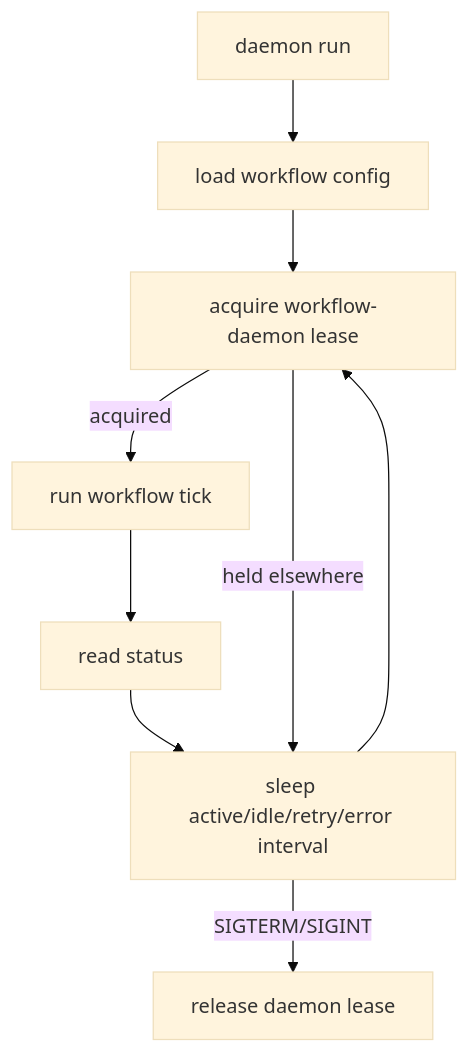
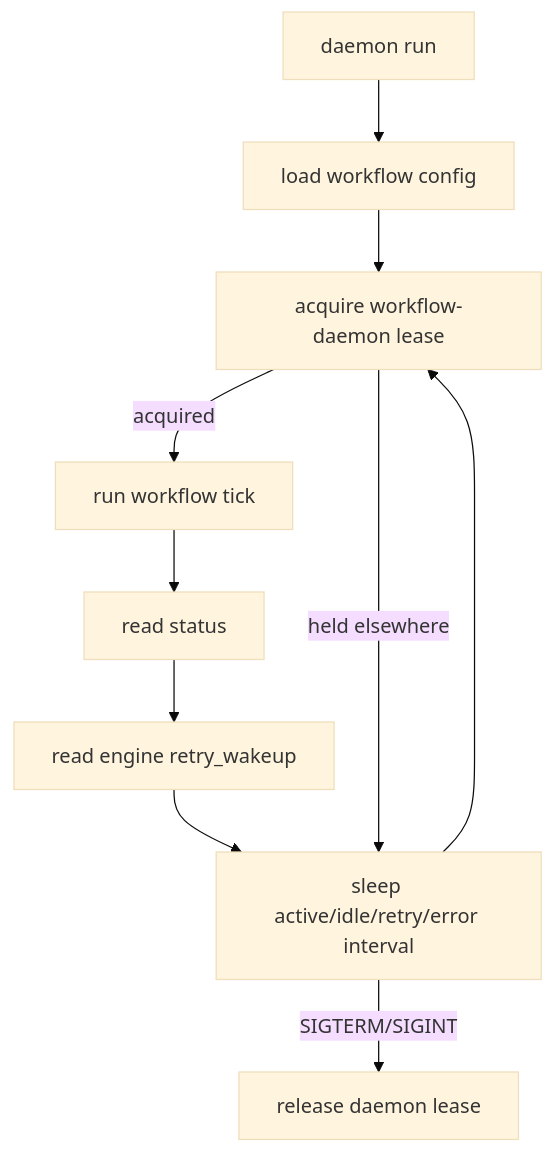
One commit to attmous/sprints changed the eighth of 8 diagrams in docs/architecture.md. Above: the diagram before and after it, drawn with Mermaid (base theme). The commit also changed other lines of this file and 39 other files, not shown here.

````diff
--- a/docs/architecture.md
+++ b/docs/architecture.md
@@ -793,15 +896,16 @@
 ```mermaid
 flowchart TD
     Start["daemon run"]
     Load["load workflow config"]
     Lease["acquire workflow-daemon lease"]
     Tick["run workflow tick"]
     Status["read status"]
+    Wakeup["read engine retry_wakeup"]
     Sleep["sleep active/idle/retry/error interval"]
     Stop["release daemon lease"]
 
     Start --> Load --> Lease
-    Lease -->|acquired| Tick --> Status --> Sleep --> Lease
+    Lease -->|acquired| Tick --> Status --> Wakeup --> Sleep --> Lease
     Lease -->|held elsewhere| Sleep
     Sleep -->|SIGTERM/SIGINT| Stop
 ```
````
